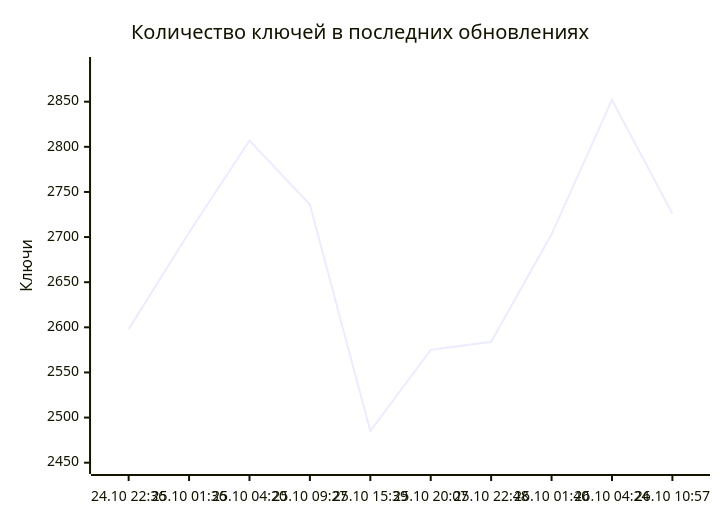
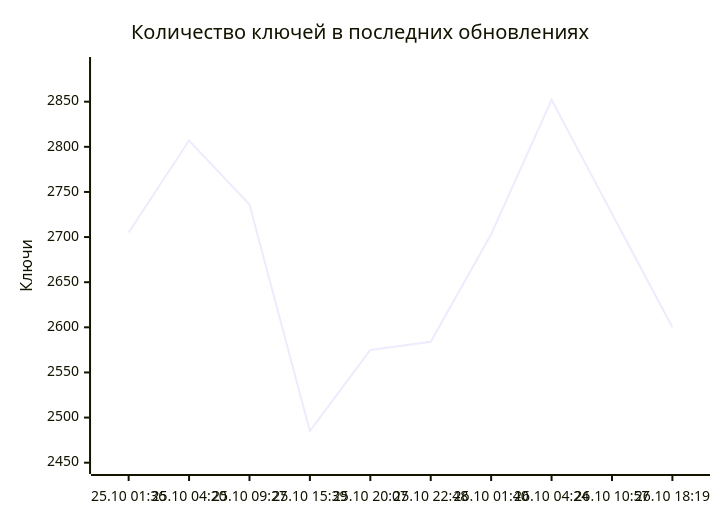
One commit to markKikhtenko/WireVeil changed the diagram in README.md. Above: the diagram before and after it, drawn with Mermaid. The commit also changed other lines of this file and 12 other files, not shown here.

````diff
--- a/README.md
+++ b/README.md
@@ -55,7 +55,7 @@
 ```mermaid
 xychart-beta
     title "Количество ключей в последних обновлениях"
-    x-axis ["24.10 22:36", "25.10 01:36", "25.10 04:20", "25.10 09:27", "25.10 15:39", "25.10 20:07", "25.10 22:48", "26.10 01:40", "26.10 04:24", "26.10 10:57"]
+    x-axis ["25.10 01:36", "25.10 04:20", "25.10 09:27", "25.10 15:39", "25.10 20:07", "25.10 22:48", "26.10 01:40", "26.10 04:24", "26.10 10:57", "26.10 18:19"]
     y-axis "Ключи" 2448 --> 2889
-    line [2598, 2705, 2807, 2736, 2485, 2575, 2584, 2703, 2852, 2726]
+    line [2705, 2807, 2736, 2485, 2575, 2584, 2703, 2852, 2726, 2600]
 ```
````
